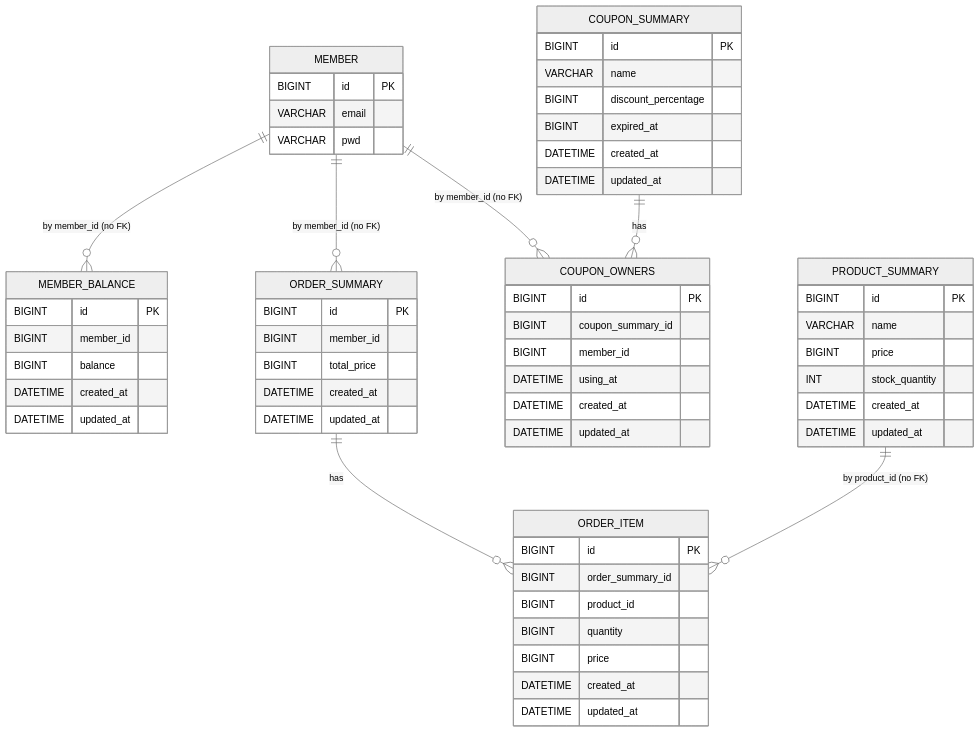
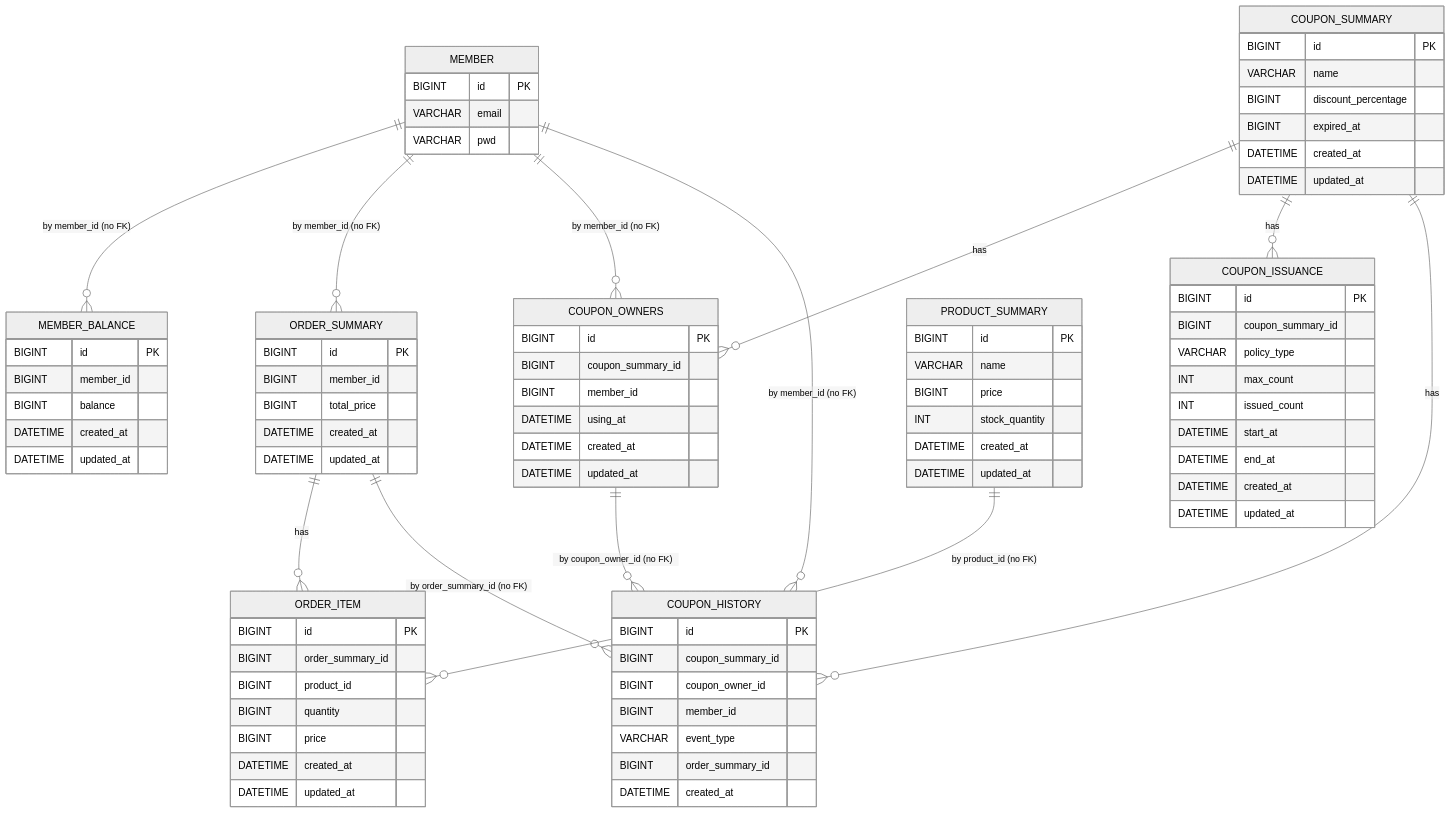
The diagram in docs/ERD-데이터베이스.md (hayden-han/virtual-2-commerce), drawn with Mermaid (neutral theme) before and after one commit. The commit also changed other lines of this file and 1 other file, not shown here.

```diff
--- a/docs/ERD-데이터베이스.md
+++ b/docs/ERD-데이터베이스.md
@@ -7,8 +7,13 @@
     MEMBER ||--o{ MEMBER_BALANCE : "by member_id (no FK)"
     MEMBER ||--o{ ORDER_SUMMARY  : "by member_id (no FK)"
     MEMBER ||--o{ COUPON_OWNERS  : "by member_id (no FK)"
+    MEMBER ||--o{ COUPON_HISTORY : "by member_id (no FK)"
     COUPON_SUMMARY ||--o{ COUPON_OWNERS : "has"
+    COUPON_SUMMARY ||--o{ COUPON_ISSUANCE : "has"
+    COUPON_SUMMARY ||--o{ COUPON_HISTORY : "has"
+    COUPON_OWNERS ||--o{ COUPON_HISTORY : "by coupon_owner_id (no FK)"
     ORDER_SUMMARY  ||--o{ ORDER_ITEM    : "has"
+    ORDER_SUMMARY ||--o{ COUPON_HISTORY : "by order_summary_id (no FK)"
     PRODUCT_SUMMARY ||--o{ ORDER_ITEM   : "by product_id (no FK)"
 
     MEMBER {
@@ -47,6 +52,26 @@
         DATETIME created_at
         DATETIME updated_at
     }
+    COUPON_ISSUANCE {
+        BIGINT id PK
+        BIGINT coupon_summary_id
+        VARCHAR policy_type
+        INT max_count
+        INT issued_count
+        DATETIME start_at
+        DATETIME end_at
+        DATETIME created_at
+        DATETIME updated_at
+    }
+    COUPON_HISTORY {
+        BIGINT id PK
+        BIGINT coupon_summary_id
+        BIGINT coupon_owner_id
+        BIGINT member_id
+        VARCHAR event_type
+        BIGINT order_summary_id
+        DATETIME created_at
+    }
     ORDER_SUMMARY {
         BIGINT id PK
         BIGINT member_id
```
